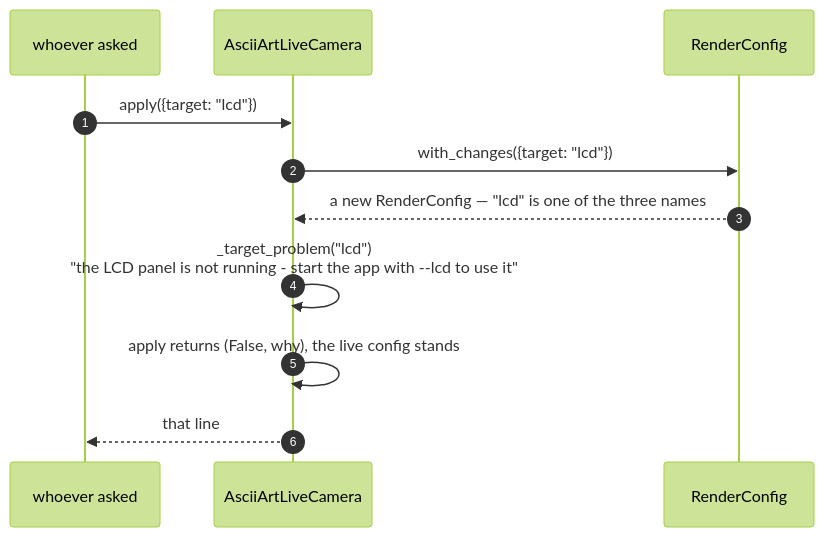
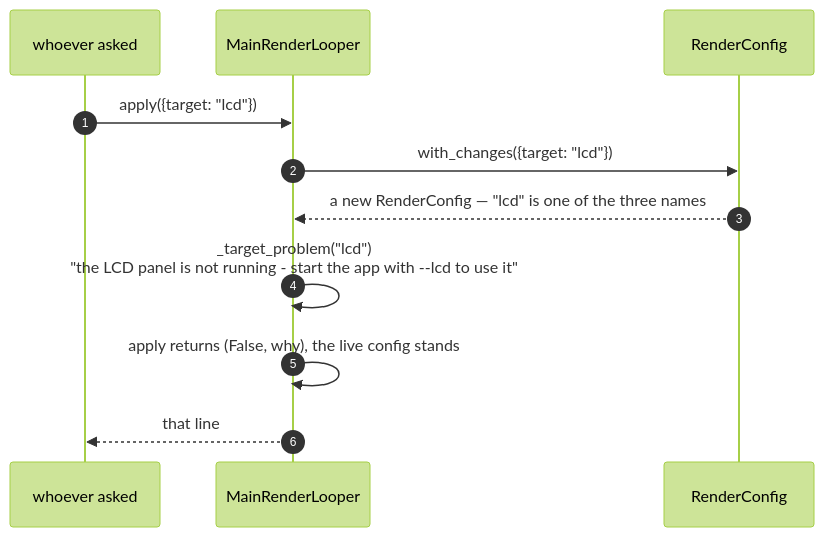
Before and after one commit to replicant1/AsciiArt-Pi: the second of 2 diagrams in docs/scenarios/a-render-configuration-change-is-refused.md, drawn with Mermaid (forest theme). The commit also changed other lines of this file and 11 other files, not shown here.

First line of the commit message:
refactor: AsciiArtLiveCamera becomes MainRenderLooper

````diff
--- a/docs/scenarios/a-render-configuration-change-is-refused.md
+++ b/docs/scenarios/a-render-configuration-change-is-refused.md
@@ -67,14 +67,14 @@
 ```mermaid
 sequenceDiagram
     autonumber
     participant Asker as whoever asked
-    participant App as AsciiArtLiveCamera
+    participant App as MainRenderLooper
     participant Cfg as RenderConfig
 
     Asker->>App: apply({target: "lcd"})
     App->>Cfg: with_changes({target: "lcd"})
     Cfg-->>App: a new RenderConfig — "lcd" is one of the three names
     App->>App: _target_problem("lcd")<br/>"the LCD panel is not running - start the app with --lcd to use it"
     App->>App: apply returns (False, why), the live config stands
     App-->>Asker: that line
 ```
````
